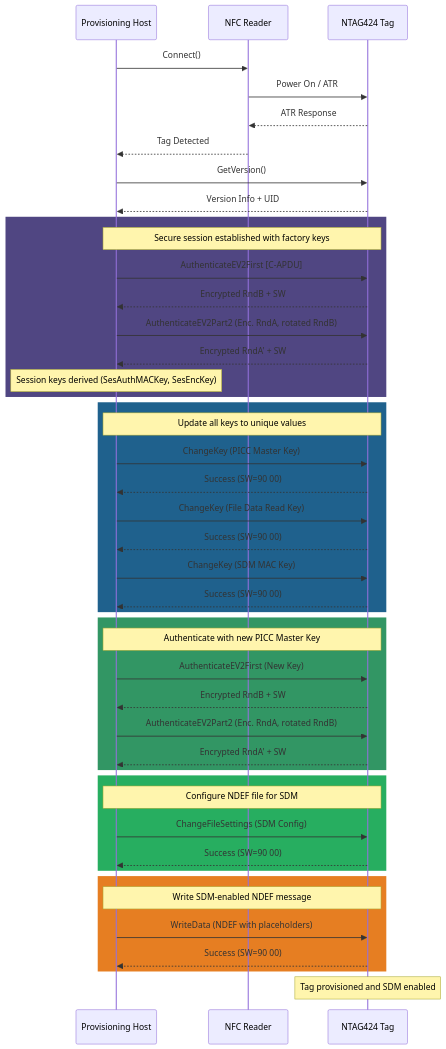
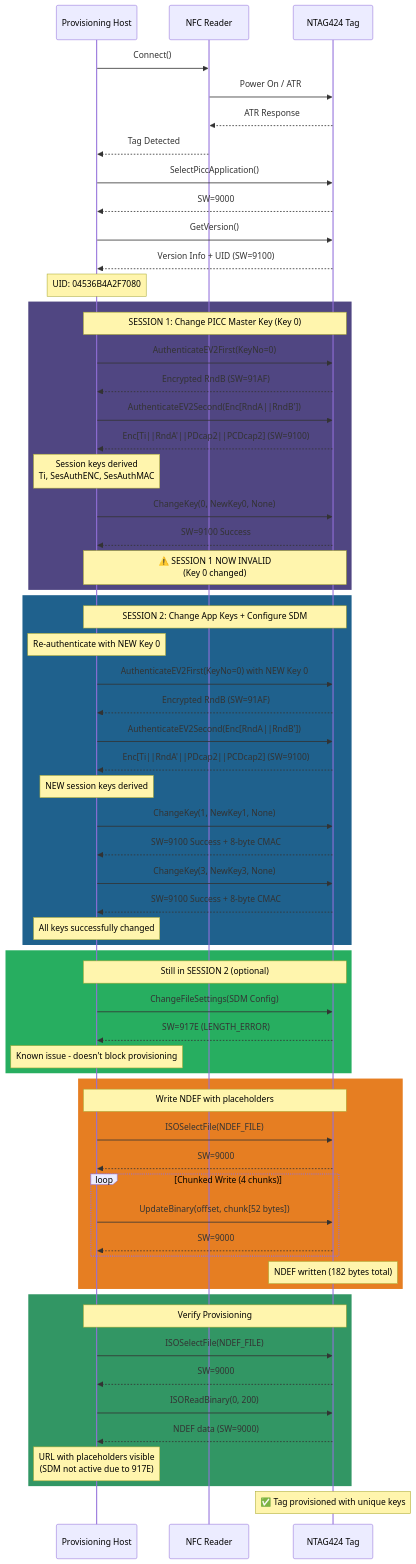
One commit to drusifer/ntag424_sdm_provisioner changed the first of 8 diagrams in charts.md. Above: the diagram before and after it, drawn with Mermaid. The commit also changed other lines of this file and 35 other files, not shown here.

````diff
--- a/charts.md
+++ b/charts.md
@@ -16,9 +11,7 @@
 ```mermaid
 sequenceDiagram
-
     participant Host as Provisioning Host
     participant Reader as NFC Reader
-    
     participant Tag as NTAG424 Tag
 
     %% 1. Establish Communication
@@ -28,53 +21,78 @@
     Reader-->>Host: Tag Detected
 
     %% 2. Get Tag Information
+    Host->>Tag: SelectPiccApplication()
+    Tag-->>Host: SW=9000
     Host->>Tag: GetVersion()
-    Tag-->>Host: Version Info + UID
+    Tag-->>Host: Version Info + UID (SW=9100)
+    Note over Host: UID: 04536B4A2F7080
 
-    %% 3. Authenticate (EV2)
+    %% 3. SESSION 1 - Change Key 0 Only
     rect rgb(80,70,130)
-    note over Host,Tag: Secure session established with factory keys
-    Host->>Tag: AuthenticateEV2First [C-APDU]
-    Tag-->>Host: Encrypted RndB + SW
-    Host->>Tag: AuthenticateEV2Part2 (Enc. RndA, rotated RndB)
-    Tag-->>Host: Encrypted RndA' + SW
-    note over Host: Session keys derived (SesAuthMACKey, SesEncKey)
+    note over Host,Tag: SESSION 1: Change PICC Master Key (Key 0)
+    
+    Host->>Tag: AuthenticateEV2First(KeyNo=0)
+    Tag-->>Host: Encrypted RndB (SW=91AF)
+    
+    Host->>Tag: AuthenticateEV2Second(Enc[RndA||RndB'])
+    Tag-->>Host: Enc[Ti||RndA'||PDcap2||PCDcap2] (SW=9100)
+    Note over Host: Session keys derived<br/>Ti, SesAuthENC, SesAuthMAC
+    
+    Host->>Tag: ChangeKey(0, NewKey0, None)
+    Tag-->>Host: SW=9100 Success
+    Note over Host,Tag: ⚠️ SESSION 1 NOW INVALID<br/>(Key 0 changed)
     end
 
-    %% 4. Change Keys
+    %% 4. SESSION 2 - Change Keys 1 & 3
     rect rgb(31,97,141)
-    note over Host,Tag: Update all keys to unique values
-    Host->>Tag: ChangeKey (PICC Master Key)
-    Tag-->>Host: Success (SW=90 00)
-    Host->>Tag: ChangeKey (File Data Read Key)
-    Tag-->>Host: Success (SW=90 00)
-    Host->>Tag: ChangeKey (SDM MAC Key)
-    Tag-->>Host: Success (SW=90 00)
+    note over Host,Tag: SESSION 2: Change App Keys + Configure SDM
+    note over Host: Re-authenticate with NEW Key 0
+    
+    Host->>Tag: AuthenticateEV2First(KeyNo=0) with NEW Key 0
+    Tag-->>Host: Encrypted RndB (SW=91AF)
+    
+    Host->>Tag: AuthenticateEV2Second(Enc[RndA||RndB'])
+    Tag-->>Host: Enc[Ti||RndA'||PDcap2||PCDcap2] (SW=9100)
+    Note over Host: NEW session keys derived
+    
+    Host->>Tag: ChangeKey(1, NewKey1, None)
+    Tag-->>Host: SW=9100 Success + 8-byte CMAC
+    
+    Host->>Tag: ChangeKey(3, NewKey3, None)
+    Tag-->>Host: SW=9100 Success + 8-byte CMAC
+    Note over Host: All keys successfully changed
     end
 
-    %% 5. Re-authenticate with new keys
-    rect rgb(50,150,100)
-    note over Host,Tag: Authenticate with new PICC Master Key
-    Host->>Tag: AuthenticateEV2First (New Key)
-    Tag-->>Host: Encrypted RndB + SW
-    Host->>Tag: AuthenticateEV2Part2 (Enc. RndA, rotated RndB)
-    Tag-->>Host: Encrypted RndA' + SW
+    %% 5. Configure SDM (Optional)
+    rect rgb(39,174,96)
+    note over Host,Tag: Still in SESSION 2 (optional)
+    Host->>Tag: ChangeFileSettings(SDM Config)
+    Tag-->>Host: SW=917E (LENGTH_ERROR)
+    Note over Host: Known issue - doesn't block provisioning
     end
 
-    %% 6. Configure SDM
-    rect rgb(39,174,96)
-    note over Host,Tag: Configure NDEF file for SDM
-    Host->>Tag: ChangeFileSettings (SDM Config)
-    Tag-->>Host: Success (SW=90 00)
+    %% 6. Write NDEF Message
+    rect rgb(230,126,34)
+    note over Host,Tag: Write NDEF with placeholders
+    Host->>Tag: ISOSelectFile(NDEF_FILE)
+    Tag-->>Host: SW=9000
+    
+    loop Chunked Write (4 chunks)
+        Host->>Tag: UpdateBinary(offset, chunk[52 bytes])
+        Tag-->>Host: SW=9000
+    end
+    Note over Tag: NDEF written (182 bytes total)
     end
 
-    %% 7. Write NDEF Message
-    rect rgb(230,126,34)
-    note over Host,Tag: Write SDM-enabled NDEF message
-    Host->>Tag: WriteData (NDEF with placeholders)
-    Tag-->>Host: Success (SW=90 00)
+    %% 7. Verification
+    rect rgb(50,150,100)
+    note over Host,Tag: Verify Provisioning
+    Host->>Tag: ISOSelectFile(NDEF_FILE)
+    Tag-->>Host: SW=9000
+    Host->>Tag: ISOReadBinary(0, 200)
+    Tag-->>Host: NDEF data (SW=9000)
+    Note over Host: URL with placeholders visible<br/>(SDM not active due to 917E)
     end
 
-    %% 8. SDM Tag ready
-    note over Tag: Tag provisioned and SDM enabled
+    note over Tag: ✅ Tag provisioned with unique keys
 ```
````
